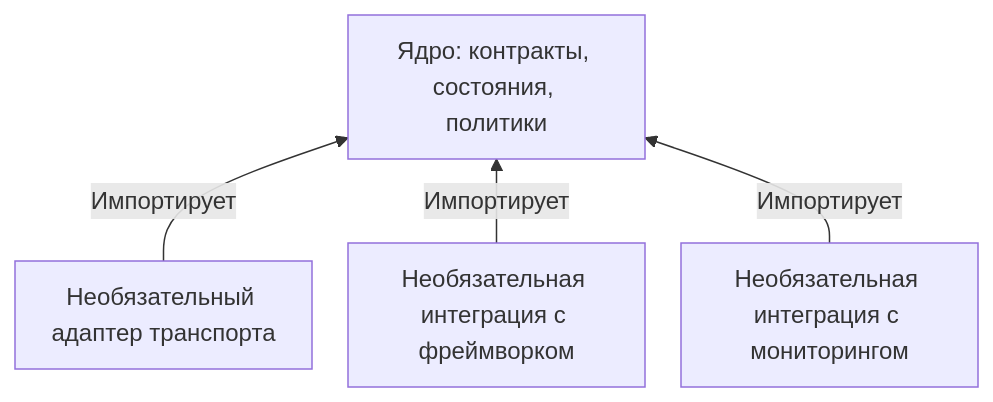
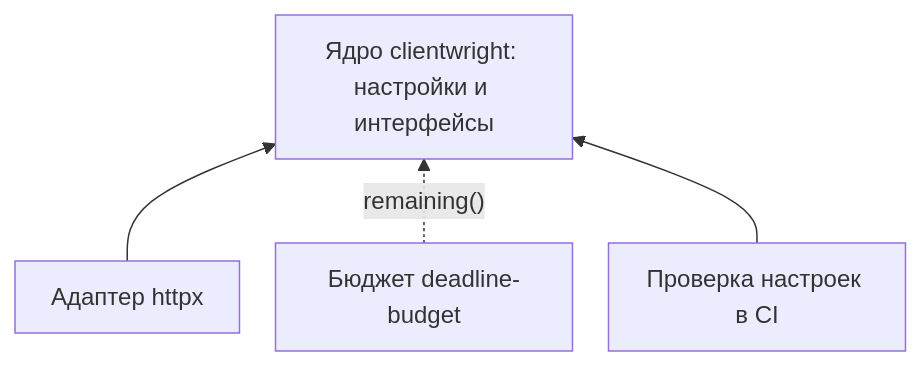
One commit to bedrock-python/bedrock-python.github.io changed the diagram in translations/ru/blog/posts/2026-09-07-zero-dependency-cores.md. Above: the diagram before and after it, drawn with Mermaid. The commit also changed other lines of this file and 37 other files, not shown here.

Commit message:
Обновление статьи о Bedrock Python: уточнение описания инфраструктуры, улучшение примеров использования библиотек для работы с PostgreSQL и HTTP-клиентами, добавление новых разделов о проверке поведения и интеграции компонентов.

````diff
--- a/translations/ru/blog/posts/2026-09-07-zero-dependency-cores.md
+++ b/translations/ru/blog/posts/2026-09-07-zero-dependency-cores.md
@@ -74,19 +68,20 @@
 ```mermaid
 ---
 config:
   theme: default
   look: classic
   flowchart:
     useMaxWidth: false
     wrappingWidth: 150
     padding: 12
     nodeSpacing: 24
     rankSpacing: 32
 ---
 flowchart BT
-    accTitle: Необязательные интеграции зависят от ядра
-    accDescr: Ядро не импортирует фреймворки и необязательные адаптеры. Интеграции подключаются через extras и используют интерфейсы ядра. Если назначение библиотеки — работа с SQLAlchemy, SQLAlchemy может быть обязательной зависимостью.
-    A["Необязательный адаптер транспорта"] -->|"Импортирует"| C["Ядро: контракты, состояния, политики"]
-    B["Необязательная интеграция с фреймворком"] -->|"Импортирует"| C
-    O["Необязательная интеграция с мониторингом"] -->|"Импортирует"| C
+    accTitle: Интеграции подключаются к ядру
+    accDescr: Настройки клиента и интерфейс бюджета работают без HTTP-библиотеки. Адаптер httpx и бюджет deadline-budget подключаются там, где они нужны приложению.
+    A["Ядро clientwright: настройки и интерфейсы"]
+    B["Адаптер httpx"] --> A
+    C["Бюджет deadline-budget"] -.->|"remaining()"| A
+    D["Проверка настроек в CI"] --> A
 ```
````
